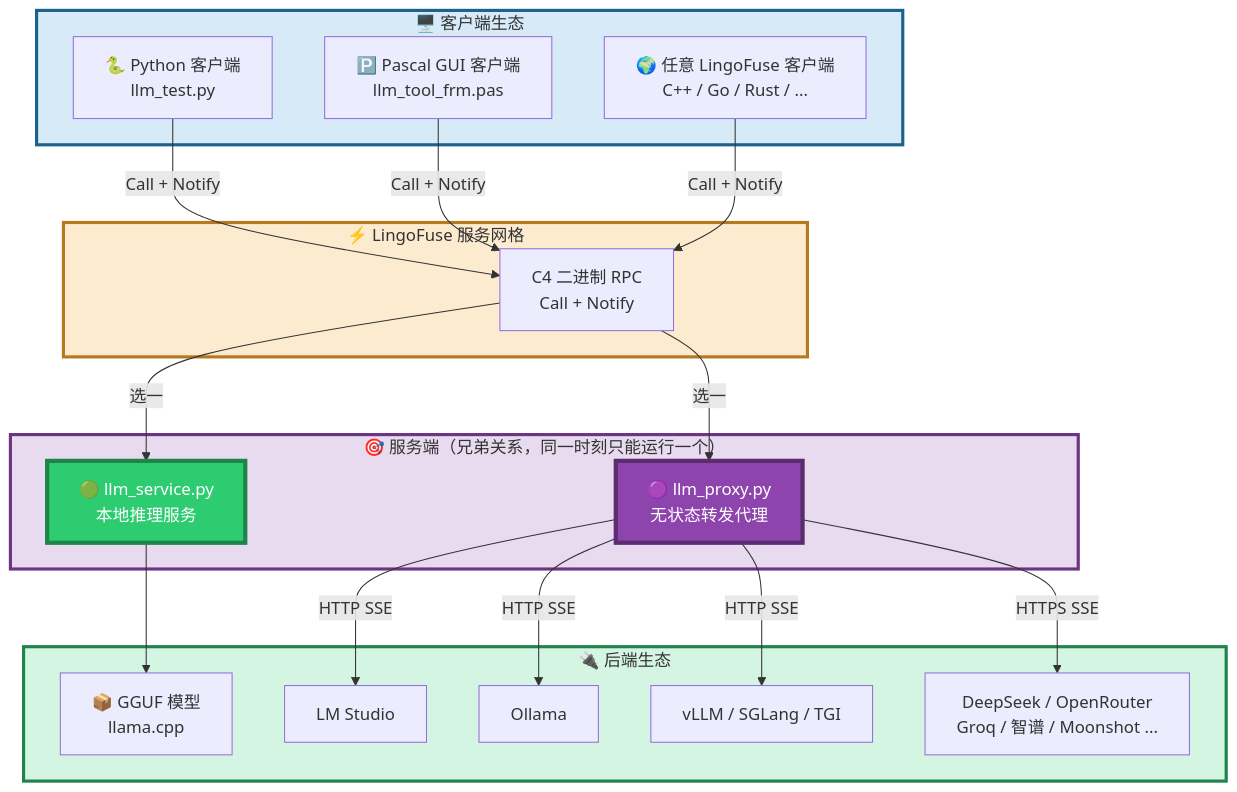
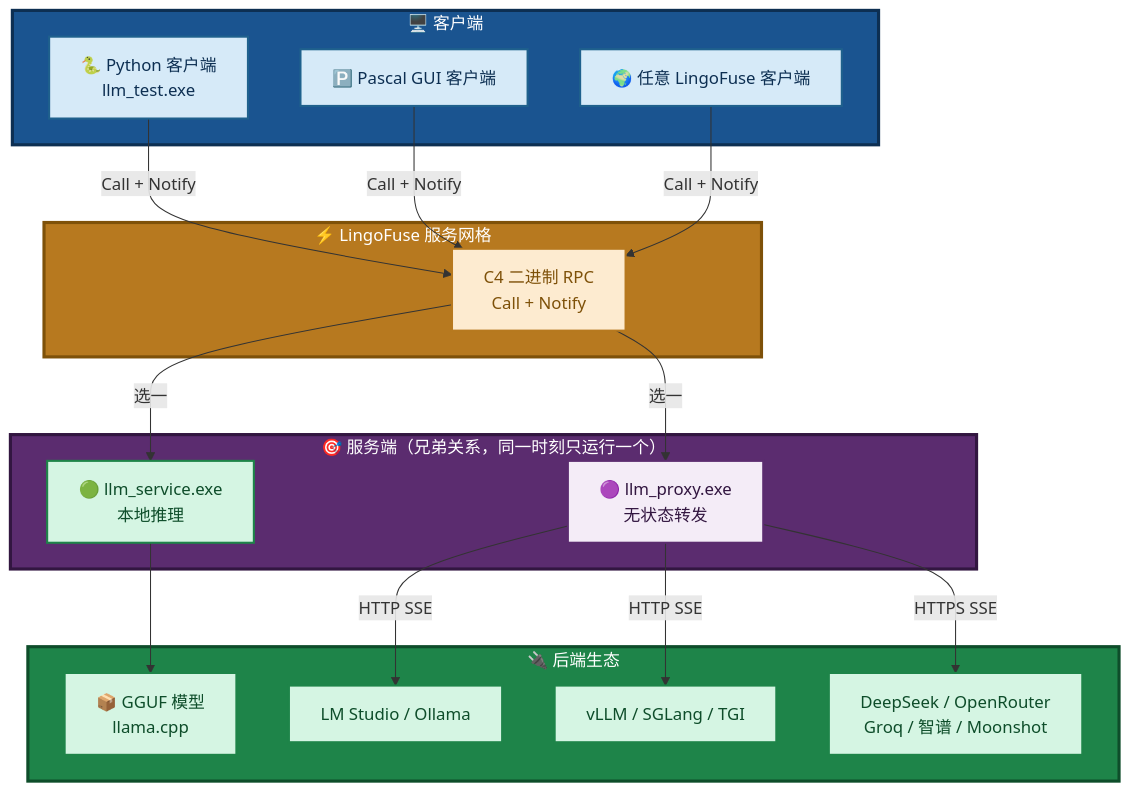
Before and after one commit to PassByYou888/LingoFuse-pasAgent: the first of 28 diagrams in src/llm-service/LingoFuse_LLM_Ecosystem_User_Guide.md, drawn with Mermaid. The commit also changed other lines of this file, not shown here.

````diff
--- a/src/llm-service/LingoFuse_LLM_Ecosystem_User_Guide.md
+++ b/src/llm-service/LingoFuse_LLM_Ecosystem_User_Guide.md
@@ -22,43 +41,49 @@
 ```mermaid
 flowchart TB
-    subgraph CLIENTS["🖥️ 客户端生态"]
-        PY["🐍 Python 客户端<br/>llm_test.py"]
-        PAS["🅿️ Pascal GUI 客户端<br/>llm_tool_frm.pas"]
-        ANY["🌍 任意 LingoFuse 客户端<br/>C++ / Go / Rust / ..."]
+    subgraph CLIENTS["🖥️ 客户端"]
+        A1["🐍 Python 客户端<br/>llm_test.exe"]
+        A2["🅿️ Pascal GUI 客户端"]
+        A3["🌍 任意 LingoFuse 客户端"]
     end
 
     subgraph CORE["⚡ LingoFuse 服务网格"]
-        GRID["C4 二进制 RPC<br/>Call + Notify"]
+        B1["C4 二进制 RPC<br/>Call + Notify"]
     end
 
-    subgraph SERVERS["🎯 服务端（兄弟关系，同一时刻只能运行一个）"]
-        LS["🟢 llm_service.py<br/>本地推理服务"]
-        LP["🟣 llm_proxy.py<br/>无状态转发代理"]
+    subgraph SERVERS["🎯 服务端（兄弟关系，同一时刻只运行一个）"]
+        C1["🟢 llm_service.exe<br/>本地推理"]
+        C2["🟣 llm_proxy.exe<br/>无状态转发"]
     end
 
     subgraph BACKENDS["🔌 后端生态"]
-        GGUF["📦 GGUF 模型<br/>llama.cpp"]
-        LMS["LM Studio"]
-        OL["Ollama"]
-        VLLM["vLLM / SGLang / TGI"]
-        CLOUD["DeepSeek / OpenRouter<br/>Groq / 智谱 / Moonshot ..."]
+        D1["📦 GGUF 模型<br/>llama.cpp"]
+        D2["LM Studio / Ollama"]
+        D3["vLLM / SGLang / TGI"]
+        D4["DeepSeek / OpenRouter<br/>Groq / 智谱 / Moonshot"]
     end
 
-    PY -->|Call + Notify| GRID
-    PAS -->|Call + Notify| GRID
-    ANY -->|Call + Notify| GRID
-    GRID -->|选一| LS
-    GRID -->|选一| LP
-    LS --> GGUF
-    LP -->|HTTP SSE| LMS
-    LP -->|HTTP SSE| OL
-    LP -->|HTTP SSE| VLLM
-    LP -->|HTTPS SSE| CLOUD
+    A1 -->|"Call + Notify"| B1
+    A2 -->|"Call + Notify"| B1
+    A3 -->|"Call + Notify"| B1
+    B1 -->|"选一"| C1
+    B1 -->|"选一"| C2
+    C1 --> D1
+    C2 -->|"HTTP SSE"| D2
+    C2 -->|"HTTP SSE"| D3
+    C2 -->|"HTTPS SSE"| D4
 
-    style CLIENTS fill:#D6EAF8,stroke:#1F618D,stroke-width:3px
-    style CORE fill:#FDEBD0,stroke:#B7791F,stroke-width:3px
-    style SERVERS fill:#E8DAEF,stroke:#6C3483,stroke-width:3px
-    style BACKENDS fill:#D5F5E3,stroke:#1E8449,stroke-width:3px
-    style LS fill:#2ECC71,stroke:#1E8449,stroke-width:4px,color:#FFFFFF
-    style LP fill:#8E44AD,stroke:#5B2C6F,stroke-width:4px,color:#FFFFFF
+    style CLIENTS fill:#1A5490,stroke:#0D2F52,stroke-width:3px,color:#FFFFFF
+    style CORE fill:#B7791F,stroke:#7E5109,stroke-width:3px,color:#FFFFFF
+    style SERVERS fill:#5B2C6F,stroke:#321640,stroke-width:3px,color:#FFFFFF
+    style BACKENDS fill:#1E8449,stroke:#0E4D2A,stroke-width:3px,color:#FFFFFF
+    style A1 fill:#D6EAF8,stroke:#1F618D,stroke-width:2px,color:#0D2F52
+    style A2 fill:#D6EAF8,stroke:#1F618D,stroke-width:2px,color:#0D2F52
+    style A3 fill:#D6EAF8,stroke:#1F618D,stroke-width:2px,color:#0D2F52
+    style B1 fill:#FDEBD0,stroke:#B7791F,stroke-width:2px,color:#7E5109
+    style C1 fill:#D5F5E3,stroke:#1E8449,stroke-width:2px,color:#0E4D2A
+    style C2 fill:#F4ECF7,stroke:#5B2C6F,stroke-width:2px,color:#321640
+    style D1 fill:#D5F5E3,stroke:#1E8449,stroke-width:2px,color:#0E4D2A
+    style D2 fill:#D5F5E3,stroke:#1E8449,stroke-width:2px,color:#0E4D2A
+    style D3 fill:#D5F5E3,stroke:#1E8449,stroke-width:2px,color:#0E4D2A
+    style D4 fill:#D5F5E3,stroke:#1E8449,stroke-width:2px,color:#0E4D2A
 ```
````
